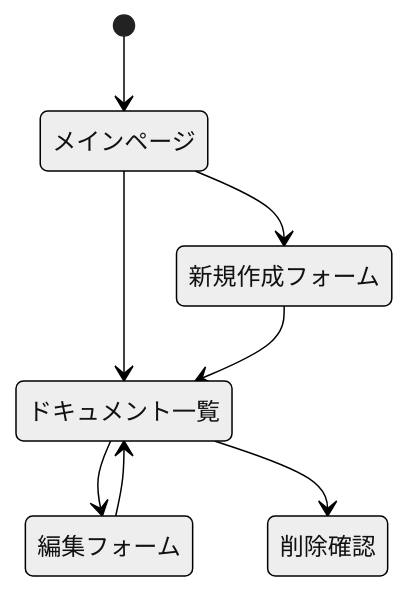
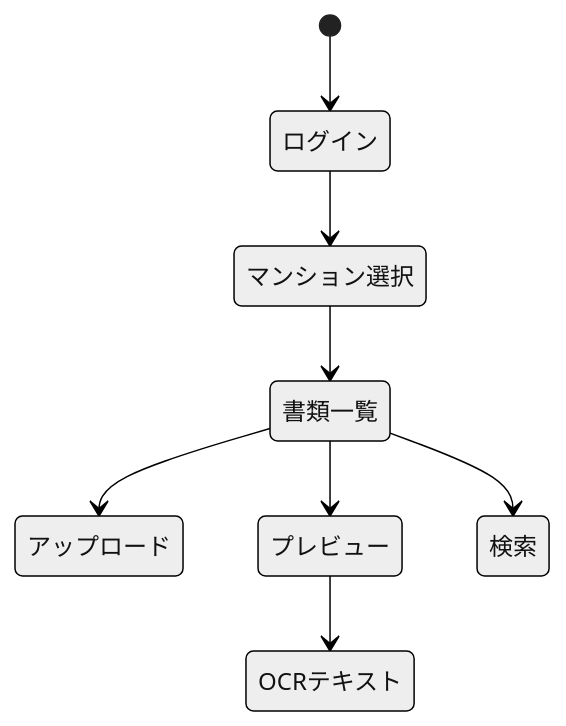
One commit to rictusempra52/document-management changed the second of 2 diagrams in specification.md. Above: the diagram before and after it, drawn with Mermaid (neutral theme). The commit also changed other lines of this file and 3 other files, not shown here.

````diff
--- a/specification.md
+++ b/specification.md
@@ -48,10 +58,10 @@
 ```mermaid
 stateDiagram-v2
-    [*] --> メインページ
-    メインページ --> 新規作成フォーム
-    メインページ --> ドキュメント一覧
-    ドキュメント一覧 --> 編集フォーム
-    ドキュメント一覧 --> 削除確認
-    編集フォーム --> ドキュメント一覧
-    新規作成フォーム --> ドキュメント一覧
+    [*] --> ログイン
+    ログイン --> マンション選択
+    マンション選択 --> 書類一覧
+    書類一覧 --> アップロード
+    書類一覧 --> プレビュー
+    書類一覧 --> 検索
+    プレビュー --> OCRテキスト
 ```
````
